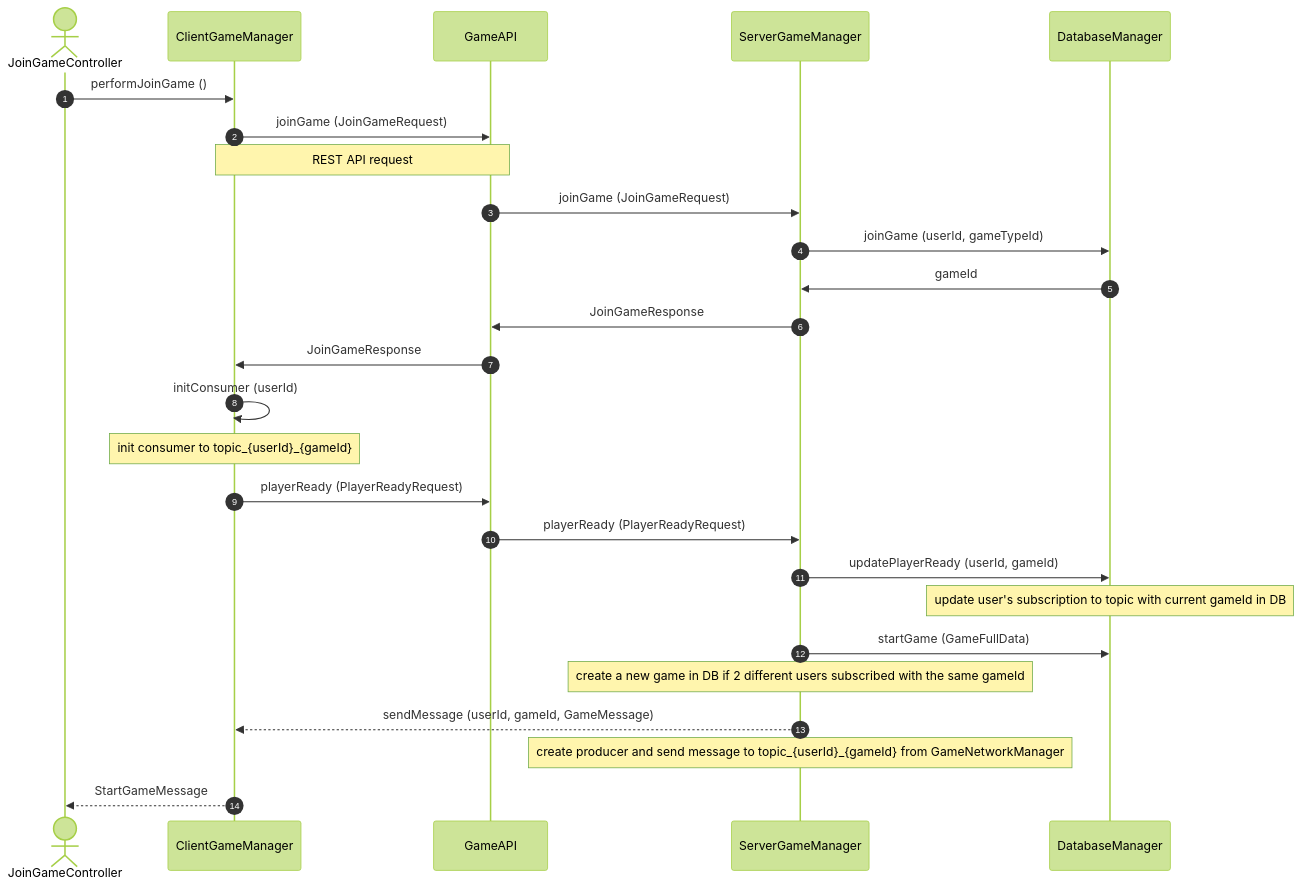
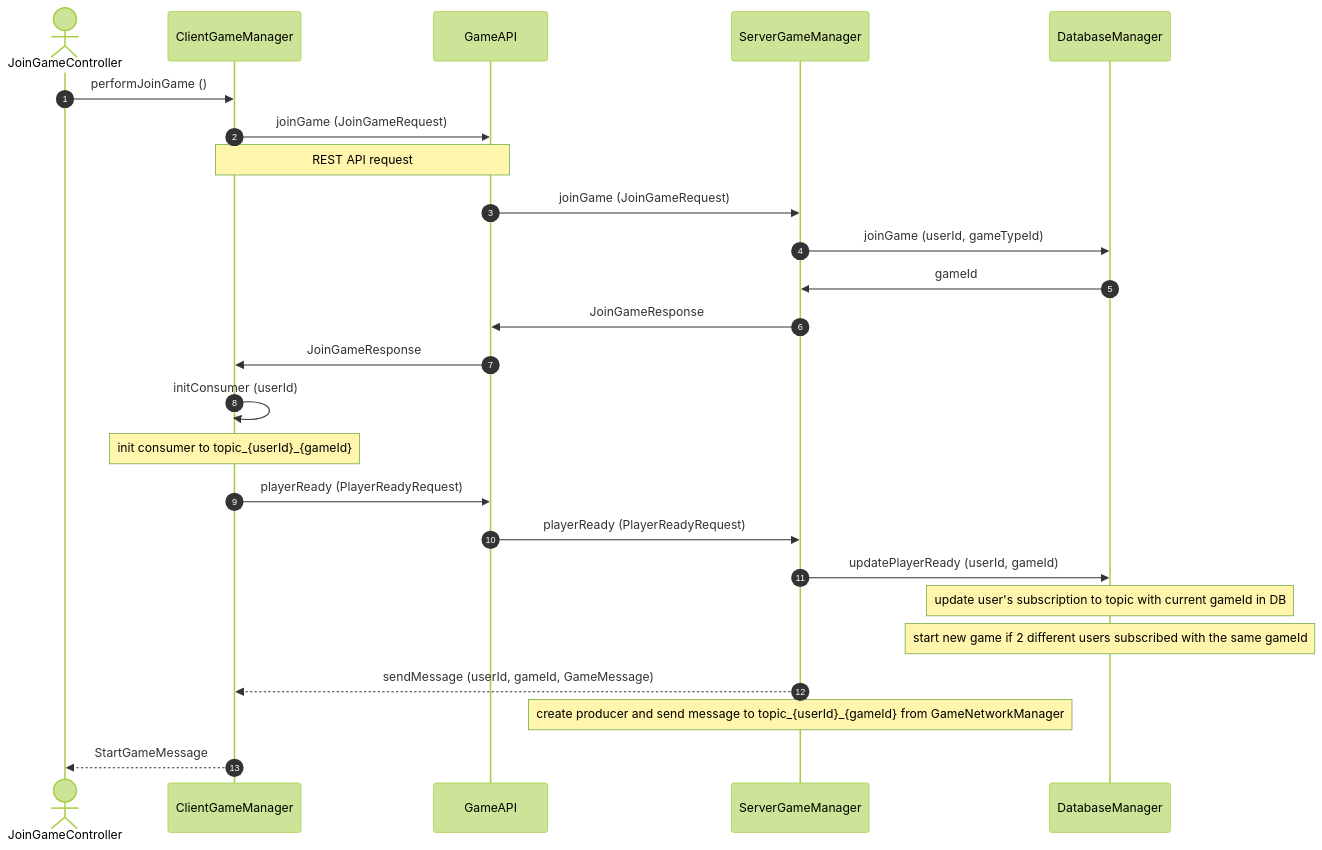
The diagram in README.md (alice-ruv/board-games), drawn with Mermaid (forest theme) before and after one commit.

````diff
--- a/README.md
+++ b/README.md
@@ -120,24 +120,23 @@
 ```mermaid 
 sequenceDiagram
 autonumber
 actor JoinGameController
 JoinGameController ->> ClientGameManager: performJoinGame ()
 ClientGameManager ->> GameAPI: joinGame (JoinGameRequest)
 note over ClientGameManager, GameAPI: REST API request
 GameAPI ->> ServerGameManager: joinGame (JoinGameRequest)
 ServerGameManager ->> DatabaseManager: joinGame (userId, gameTypeId)
 DatabaseManager ->> ServerGameManager: gameId
 ServerGameManager ->> GameAPI: JoinGameResponse
 GameAPI ->> ClientGameManager: JoinGameResponse
 ClientGameManager ->> ClientGameManager: initConsumer (userId) 
 note over ClientGameManager: init consumer to topic_{userId}_{gameId}
 ClientGameManager ->> GameAPI: playerReady (PlayerReadyRequest)
 GameAPI ->> ServerGameManager: playerReady (PlayerReadyRequest)
 ServerGameManager ->> DatabaseManager: updatePlayerReady (userId, gameId)
 note over DatabaseManager: update user's subscription to topic with current gameId in DB
-ServerGameManager ->> DatabaseManager: startGame (GameFullData)
-note over ServerGameManager: create a new game in DB if 2 different users subscribed with the same gameId
+note over DatabaseManager: start new game if 2 different users subscribed with the same gameId
 ServerGameManager -->> ClientGameManager: sendMessage (userId, gameId, GameMessage)
 note over ServerGameManager: create producer and send message to topic_{userId}_{gameId} from GameNetworkManager
 ClientGameManager -->> JoinGameController: StartGameMessage
 ```
````
